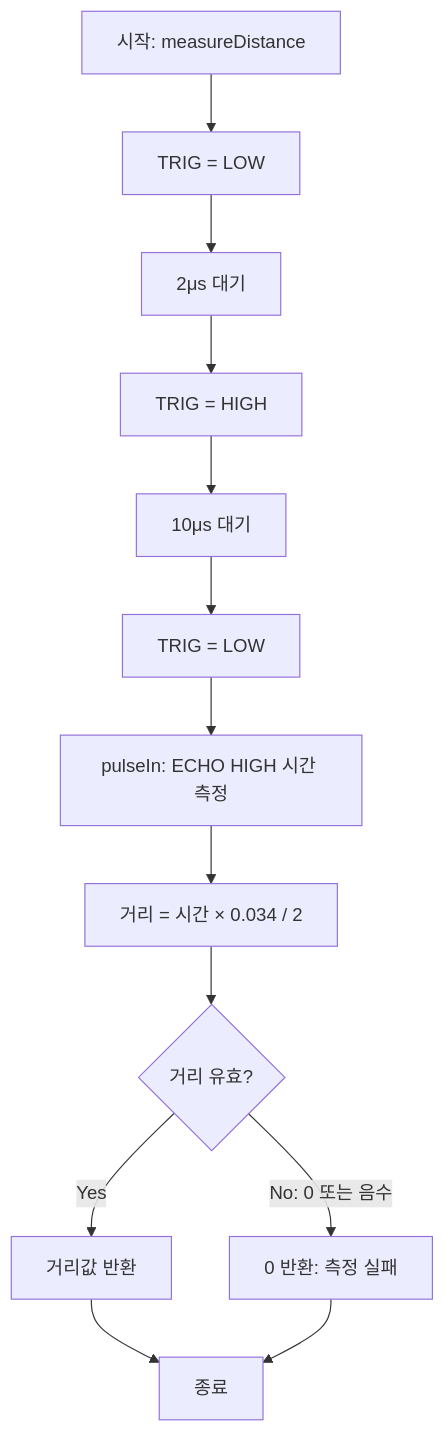
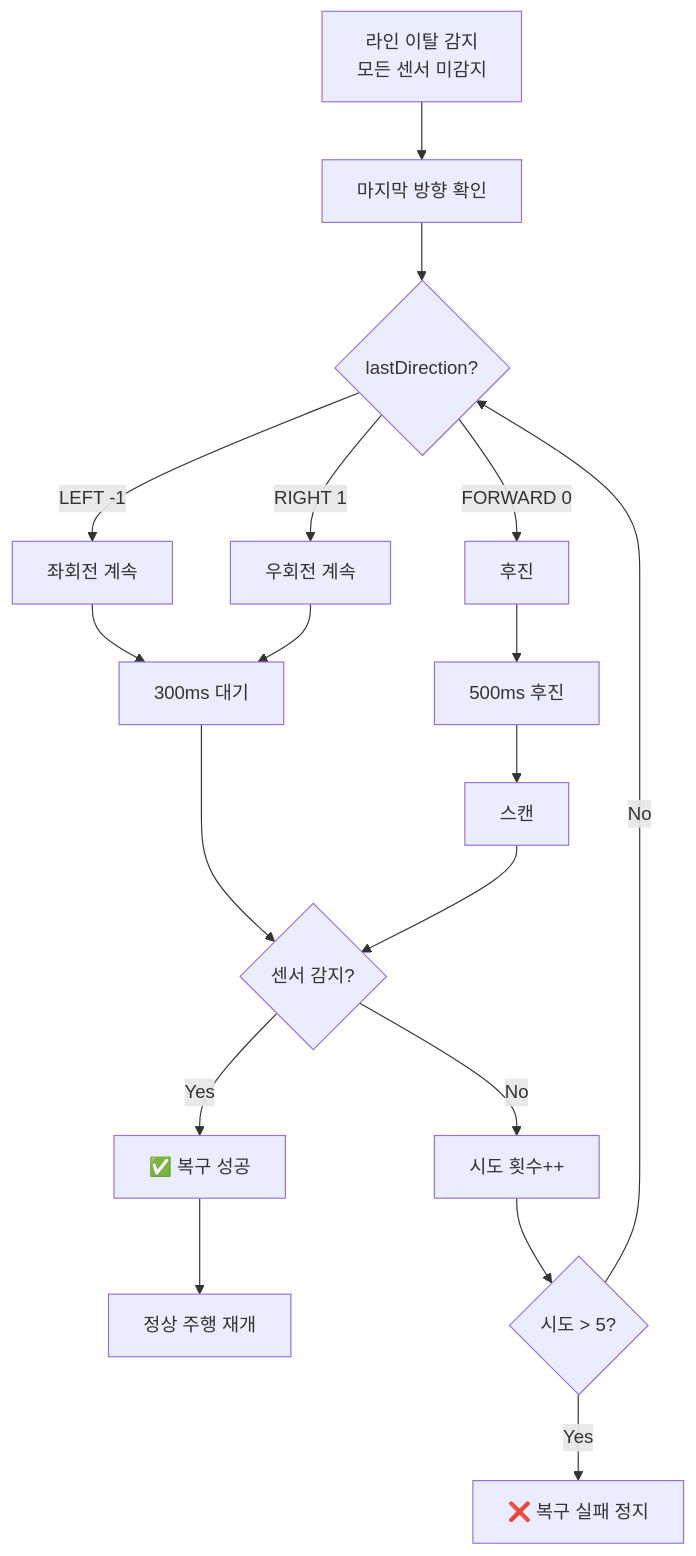
The eighth of 20 diagrams in document/algorithms_flowchart.md (Collegenie-X/Arduino_AutoPlot), drawn with Mermaid before and after one commit. The commit also changed other lines of this file and 3 other files, not shown here.

````diff
--- a/document/algorithms_flowchart.md
+++ b/document/algorithms_flowchart.md
@@ -173,15 +220,26 @@
 ```mermaid
 flowchart TD
-    A[시작: measureDistance] --> B[TRIG = LOW]
-    B --> C[2μs 대기]
-    C --> D[TRIG = HIGH]
-    D --> E[10μs 대기]
-    E --> F[TRIG = LOW]
-    F --> G[pulseIn: ECHO HIGH 시간 측정]
-    G --> H[거리 = 시간 × 0.034 / 2]
-    H --> I{거리 유효?}
-    I -->|Yes| J[거리값 반환]
-    I -->|No: 0 또는 음수| K[0 반환: 측정 실패]
-    J --> L[종료]
-    K --> L
+    A[라인 이탈 감지<br>모든 센서 미감지] --> B[마지막 방향 확인]
+    B --> C{lastDirection?}
+    
+    C -->|LEFT -1| D[좌회전 계속]
+    C -->|RIGHT 1| E[우회전 계속]
+    C -->|FORWARD 0| F[후진]
+    
+    D --> G[300ms 대기]
+    E --> G
+    F --> H[500ms 후진]
+    H --> I[스캔]
+    
+    G --> J{센서 감지?}
+    I --> J
+    
+    J -->|Yes| K[✅ 복구 성공]
+    J -->|No| L[시도 횟수++]
+    
+    L --> M{시도 > 5?}
+    M -->|Yes| N[❌ 복구 실패 정지]
+    M -->|No| C
+    
+    K --> O[정상 주행 재개]
 ```
````
